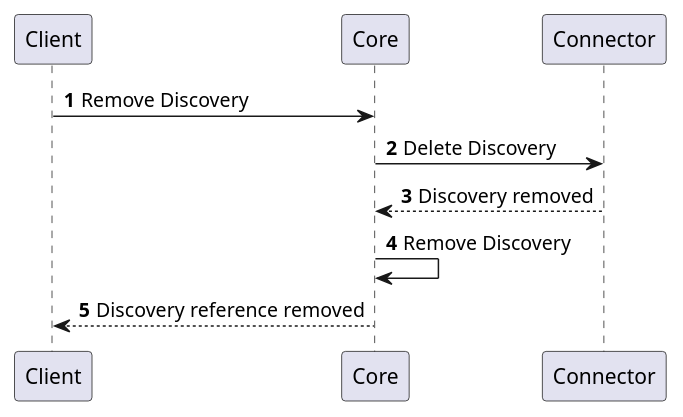
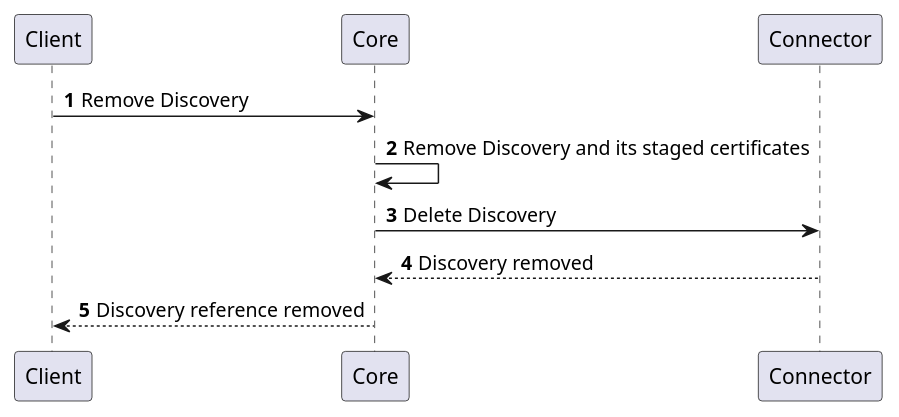
The third of 3 diagrams in docs/certificate-key/connectors/provider-interfaces/discovery-provider.md (OmniTrustILM/documentation), drawn with PlantUML before and after one commit. The commit also changed other lines of this file and 22 other files, not shown here.

````diff
--- a/docs/certificate-key/connectors/provider-interfaces/discovery-provider.md
+++ b/docs/certificate-key/connectors/provider-interfaces/discovery-provider.md
@@ -72,11 +78,11 @@
 ```plantuml
     @startuml
     autonumber
     skinparam topurl /api/
         Client -> Core [[core-discovery#tag/discovery-management/DELETE/v1/discoveries/{uuid}]]: Remove Discovery
+        Core -> Core : Remove Discovery and its staged certificates
         Core -> Connector [[connector-discovery-provider#tag/discovery/DELETE/v1/discoveryProvider/discover/{uuid}]]: Delete Discovery
         Connector --> Core: Discovery removed
-        Core -> Core : Remove Discovery
         Core --> Client: Discovery reference removed
     @enduml
 ```
````
